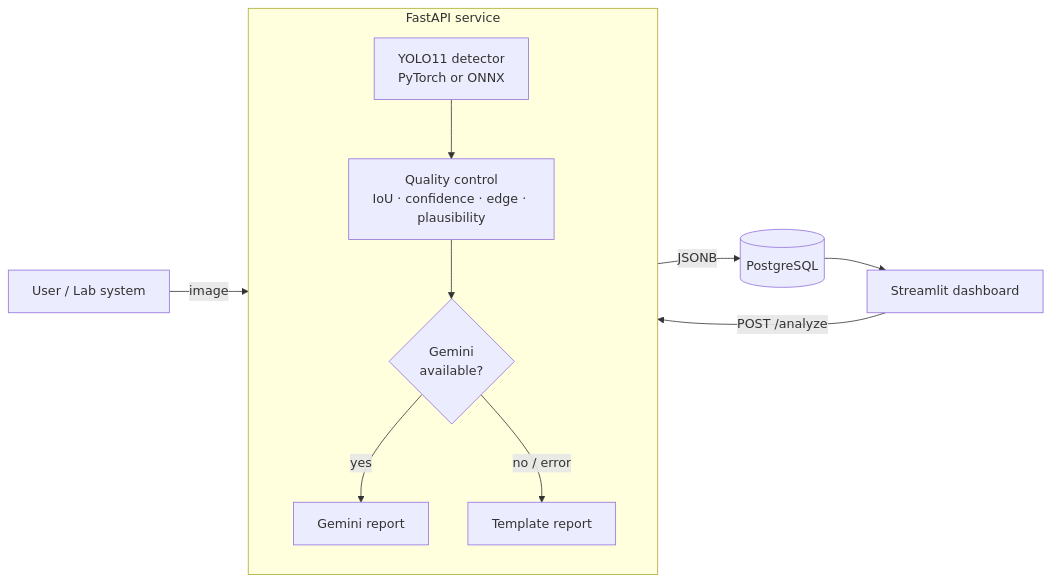
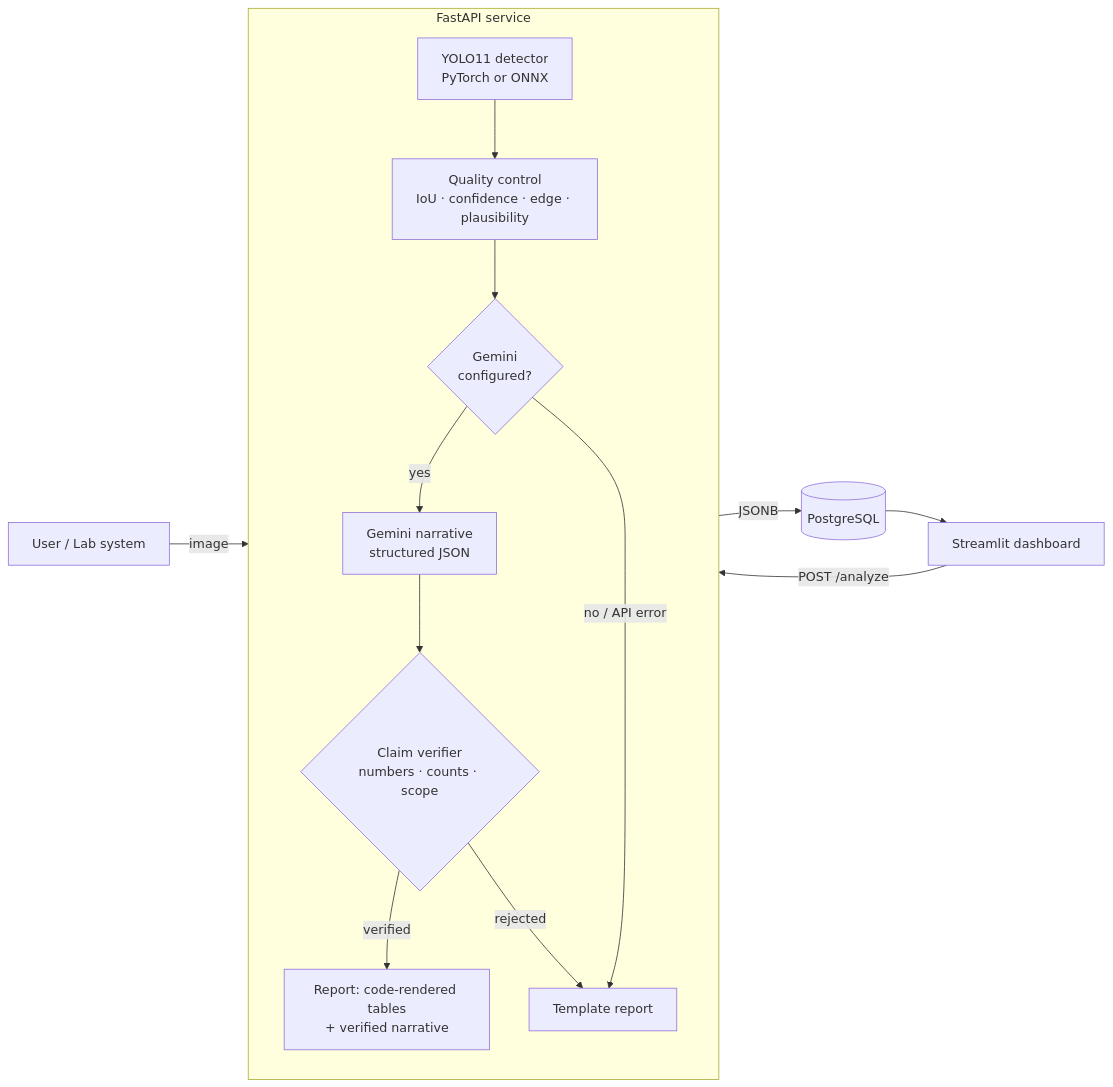
The diagram in README.md (SARAHKAMYAR/blood-cell-visionops), drawn with Mermaid before and after one commit. The commit also changed other lines of this file and 25 other files, not shown here.

````diff
--- a/README.md
+++ b/README.md
@@ -32,13 +32,16 @@
 ```mermaid
 flowchart LR
     U[User / Lab system] -->|image| API
     D[Streamlit dashboard] -->|POST /analyze| API
     subgraph API[FastAPI service]
         M[YOLO11 detector<br/>PyTorch or ONNX] --> Q[Quality control<br/>IoU · confidence · edge · plausibility]
-        Q --> R{Gemini<br/>available?}
-        R -->|yes| G[Gemini report]
-        R -->|no / error| T[Template report]
+        Q --> R{Gemini<br/>configured?}
+        R -->|yes| G[Gemini narrative<br/>structured JSON]
+        G --> V{Claim verifier<br/>numbers · counts · scope}
+        V -->|verified| L[Report: code-rendered tables<br/>+ verified narrative]
+        V -->|rejected| T[Template report]
+        R -->|no / API error| T
     end
     API -->|JSONB| P[(PostgreSQL)]
     P --> D
 ```
````
